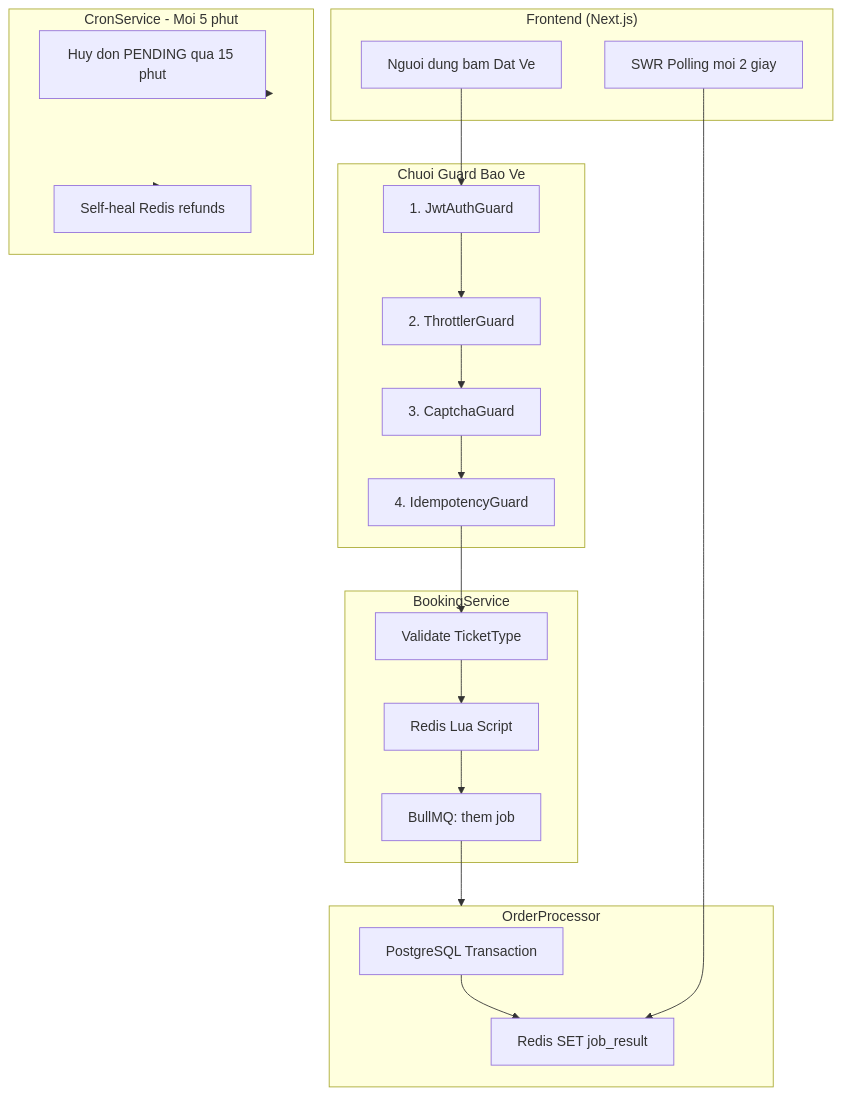
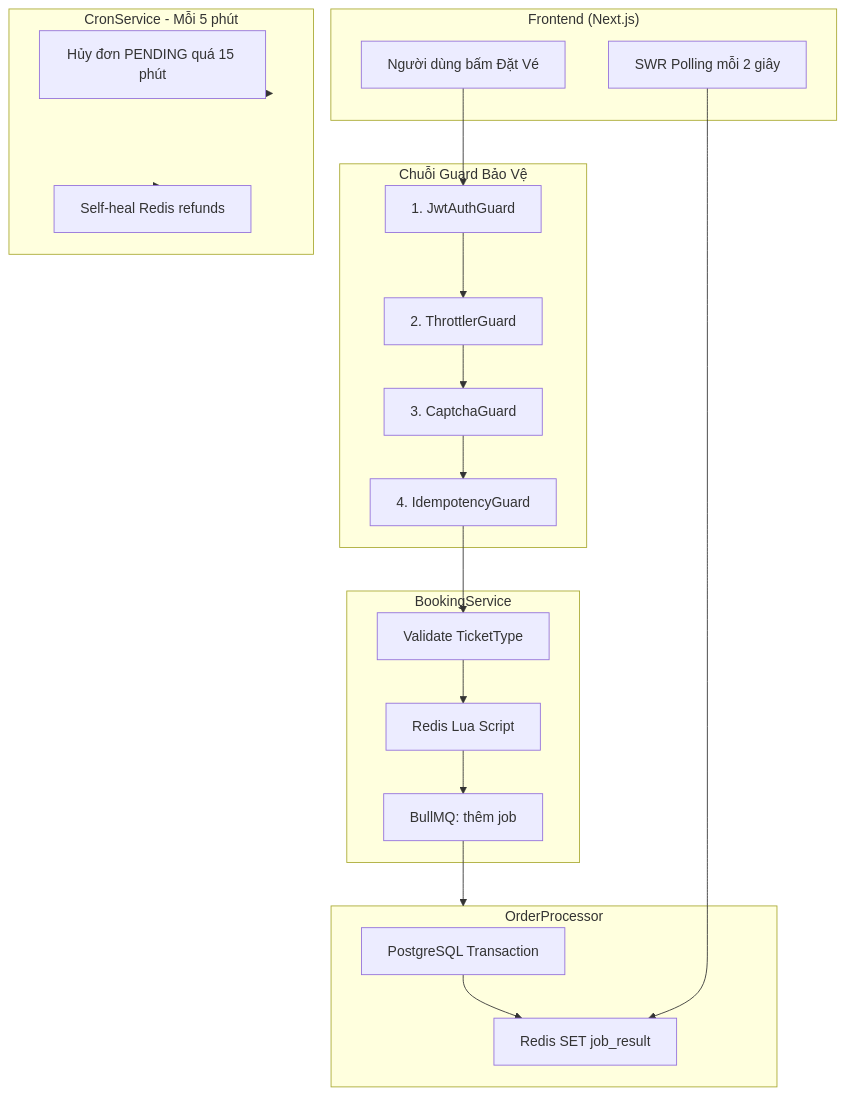
Before and after one commit to dorayakiiiiz/ticket-box: the first of 6 diagrams in blueprint/specs/booking.md, drawn with Mermaid. The commit also changed other lines of this file and 3 other files, not shown here.

````diff
--- a/blueprint/specs/booking.md
+++ b/blueprint/specs/booking.md
@@ -57,37 +29,37 @@
 ```mermaid
 flowchart TB
     subgraph Client["Frontend (Next.js)"]
-        USER["Nguoi dung bam Dat Ve"]
-        POLL["SWR Polling moi 2 giay"]
+        USER["Người dùng bấm Đặt Vé"]
+        POLL["SWR Polling mỗi 2 giây"]
     end
 
-    subgraph Guards["Chuoi Guard Bao Ve"]
+    subgraph Guards["Chuỗi Guard Bảo Vệ"]
         G1["1. JwtAuthGuard"]
         G2["2. ThrottlerGuard"]
         G3["3. CaptchaGuard"]
         G4["4. IdempotencyGuard"]
     end
 
     subgraph Core["BookingService"]
         VALIDATE["Validate TicketType"]
         LUA["Redis Lua Script"]
-        QUEUE["BullMQ: them job"]
+        QUEUE["BullMQ: thêm job"]
     end
 
     subgraph Worker["OrderProcessor"]
         TX["PostgreSQL Transaction"]
         RESULT["Redis SET job_result"]
     end
 
-    subgraph Cron["CronService - Moi 5 phut"]
-        CANCEL["Huy don PENDING qua 15 phut"]
+    subgraph Cron["CronService - Mỗi 5 phút"]
+        CANCEL["Hủy đơn PENDING quá 15 phút"]
         HEAL["Self-heal Redis refunds"]
     end
 
     USER --> G1 --> G2 --> G3 --> G4 --> VALIDATE --> LUA --> QUEUE
     QUEUE --> Worker
     TX --> RESULT
     POLL --> RESULT
     Cron --> CANCEL
     Cron --> HEAL
 ```
````
